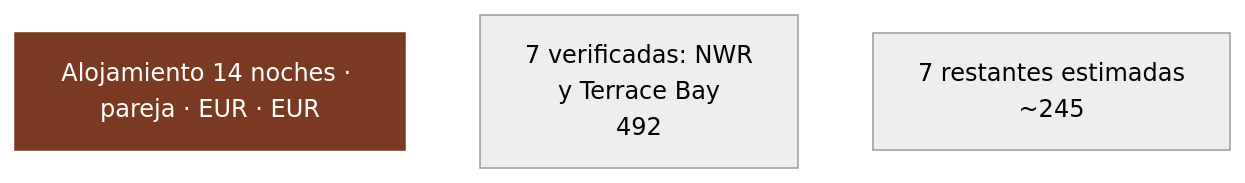
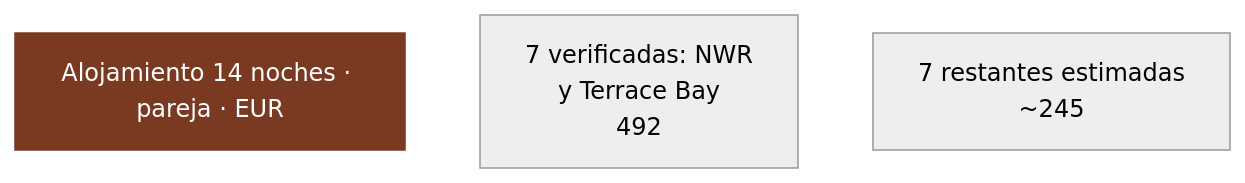
Before and after one commit to morandeirachema/namibia: the fourth of 8 diagrams in 02-presupuesto.md, drawn with Mermaid (neutral theme). The commit also changed other lines of this file and 25 other files, not shown here.

````diff
--- a/02-presupuesto.md
+++ b/02-presupuesto.md
@@ -217,9 +217,9 @@
 ```mermaid
 flowchart LR
-    T["Alojamiento 14 noches · pareja · EUR · EUR"]
+    T["Alojamiento 14 noches · pareja · EUR"]
     n0["7 verificadas: NWR<br/>y Terrace Bay<br/>492"]
     n1["7 restantes estimadas<br/>~245"]
     T ~~~ n0
     n0 ~~~ n1
     style T fill:#7a3a22,color:#fff,stroke:#7a3a22
 ```
````
